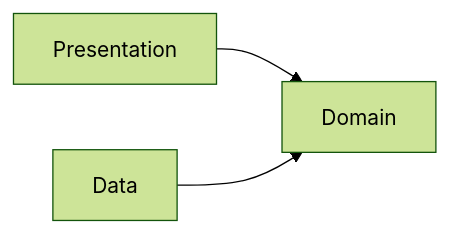
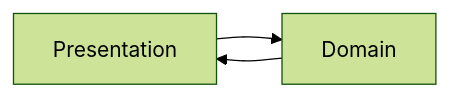
Before and after one commit to LemonAppDev/konsist: the diagram in lib/src/apiTest/kotlin/com/lemonappdev/konsist/architecture/assertarchitecture/architecture3/README.md, drawn with Mermaid. The commit also changed other lines of this file and 39 other files, not shown here.

````diff
--- a/lib/src/apiTest/kotlin/com/lemonappdev/konsist/architecture/assertarchitecture/architecture3/README.md
+++ b/lib/src/apiTest/kotlin/com/lemonappdev/konsist/architecture/assertarchitecture/architecture3/README.md
@@ -5,5 +5,6 @@
 ```mermaid
 %%{init: {'theme': 'forest'}}%%
 flowchart LR
-    Presentation & Data --> Domain
+    Presentation --> Domain
+    Domain --> Presentation
 ```
````
